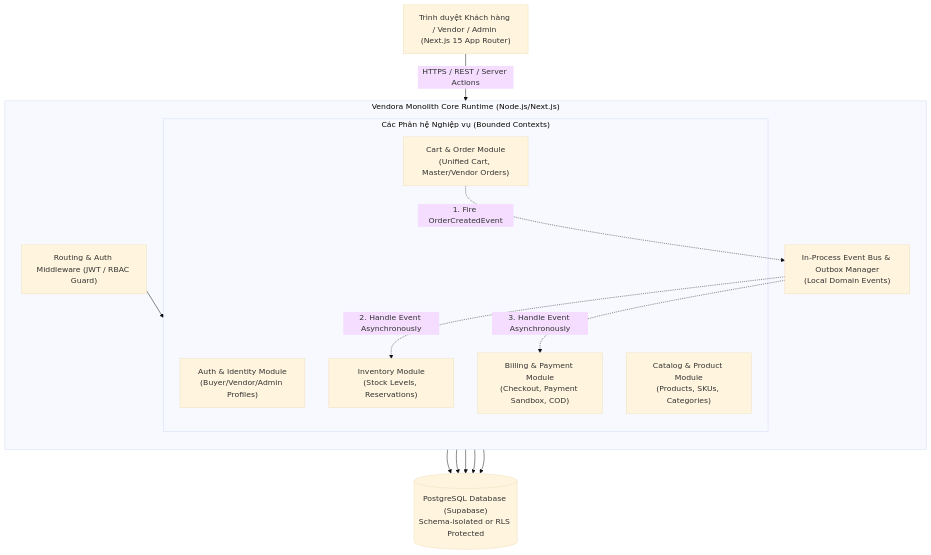
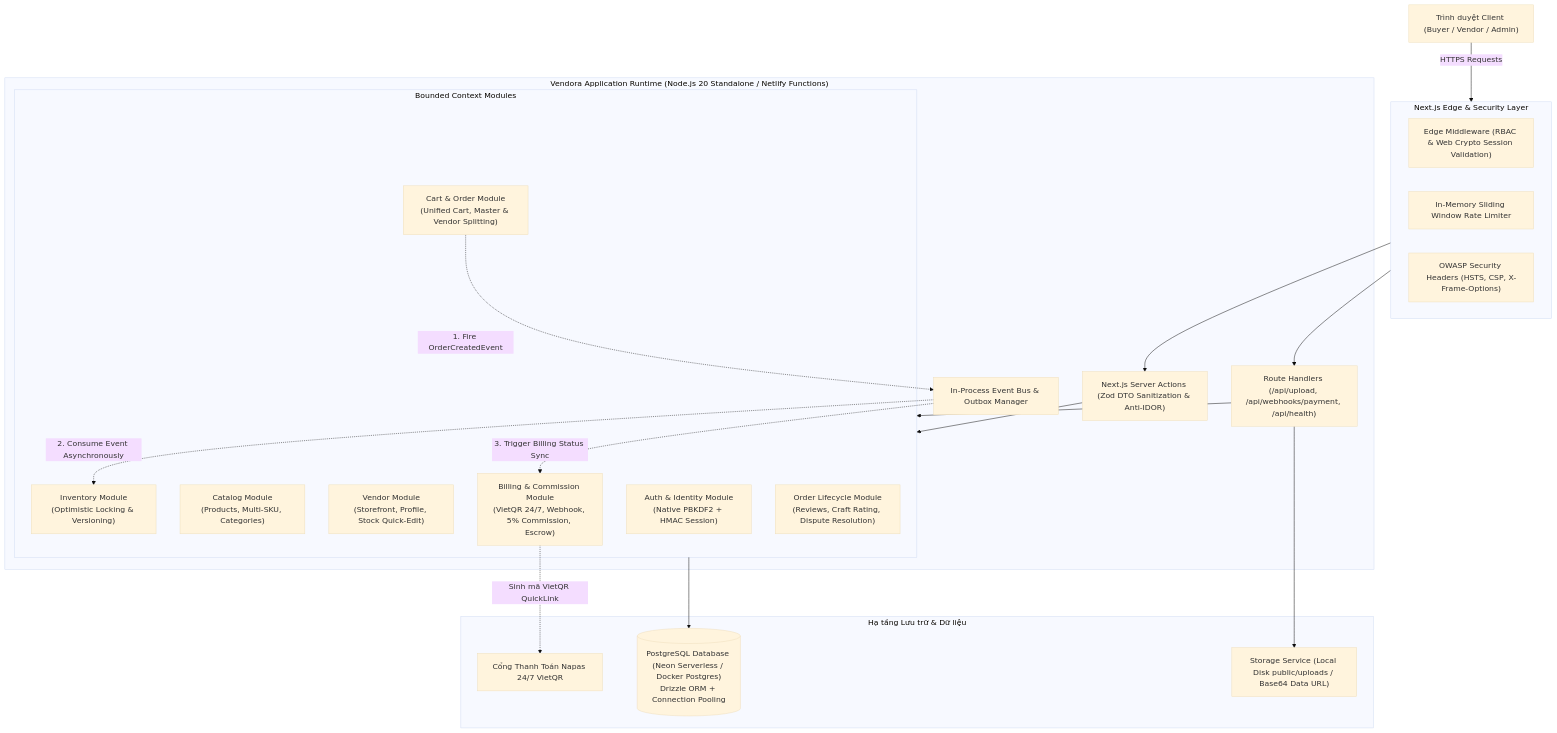
Before and after one commit to lethanhkha/vendora: the second of 4 diagrams in docs/PRD.md, drawn with Mermaid (base theme). The commit also changed other lines of this file, not shown here.

Commit message:
docs(prd): update PRD to version 2.0 reflecting decoupled production architecture

````diff
--- a/docs/PRD.md
+++ b/docs/PRD.md
@@ -87,34 +93,48 @@
 ```mermaid
 graph TD
-    Client["Trình duyệt Khách hàng / Vendor / Admin (Next.js 15 App Router)"]
+    Client["Trình duyệt Client (Buyer / Vendor / Admin)"]
     
-    subgraph ModularMonolithCore ["Vendora Monolith Core Runtime (Node.js/Next.js)"]
-        direction TB
-        APIGateway["Routing & Auth Middleware (JWT / RBAC Guard)"]
+    subgraph EdgeLayer ["Next.js Edge & Security Layer"]
+        Middleware["Edge Middleware (RBAC & Web Crypto Session Validation)"]
+        RateLimiter["In-Memory Sliding Window Rate Limiter"]
+        SecurityHeaders["OWASP Security Headers (HSTS, CSP, X-Frame-Options)"]
+    end
+    
+    subgraph MonolithCore ["Vendora Application Runtime (Node.js 20 Standalone / Netlify Functions)"]
+        ServerActions["Next.js Server Actions (Zod DTO Sanitization & Anti-IDOR)"]
+        RouteHandlers["Route Handlers (/api/upload, /api/webhooks/payment, /api/health)"]
         
-        subgraph Modules ["Các Phân hệ Nghiệp vụ (Bounded Contexts)"]
-            AuthModule["Auth & Identity Module<br/>(Buyer/Vendor/Admin Profiles)"]
-            CatalogModule["Catalog & Product Module<br/>(Products, SKUs, Categories)"]
-            OrderModule["Cart & Order Module<br/>(Unified Cart, Master/Vendor Orders)"]
-            InventoryModule["Inventory Module<br/>(Stock Levels, Reservations)"]
-            BillingModule["Billing & Payment Module<br/>(Checkout, Payment Sandbox, COD)"]
+        subgraph Domains ["Bounded Context Modules"]
+            AuthMod["Auth & Identity Module<br/>(Native PBKDF2 + HMAC Session)"]
+            CatalogMod["Catalog Module<br/>(Products, Multi-SKU, Categories)"]
+            VendorMod["Vendor Module<br/>(Storefront, Profile, Stock Quick-Edit)"]
+            OrderMod["Cart & Order Module<br/>(Unified Cart, Master & Vendor Splitting)"]
+            InvMod["Inventory Module<br/>(Optimistic Locking & Versioning)"]
+            BillMod["Billing & Commission Module<br/>(VietQR 24/7, Webhook, 5% Commission, Escrow)"]
+            LifecycleMod["Order Lifecycle Module<br/>(Reviews, Craft Rating, Dispute Resolution)"]
         end
         
-        EventBus["In-Process Event Bus & Outbox Manager<br/>(Local Domain Events)"]
+        EventBus["In-Process Event Bus & Outbox Manager"]
     end
     
-    Database[("PostgreSQL Database (Supabase)<br/>Schema-isolated or RLS Protected")]
+    subgraph Infrastructure ["Hạ tầng Lưu trữ & Dữ liệu"]
+        Database[("PostgreSQL Database (Neon Serverless / Docker Postgres)<br/>Drizzle ORM + Connection Pooling")]
+        Storage["Storage Service (Local Disk public/uploads / Base64 Data URL)"]
+        NapasGateway["Cổng Thanh Toán Napas 24/7 VietQR"]
+    end
 
-    Client -->|HTTPS / REST / Server Actions| APIGateway
-    APIGateway --> Modules
+    Client -->|HTTPS Requests| EdgeLayer
+    EdgeLayer --> ServerActions
+    EdgeLayer --> RouteHandlers
     
-    OrderModule -.->|1. Fire OrderCreatedEvent| EventBus
-    EventBus -.->|2. Handle Event Asynchronously| InventoryModule
-    EventBus -.->|3. Handle Event Asynchronously| BillingModule
+    ServerActions --> Domains
+    RouteHandlers --> Domains
     
-    AuthModule --> Database
-    CatalogModule --> Database
-    OrderModule --> Database
-    InventoryModule --> Database
-    BillingModule --> Database
+    OrderMod -.->|1. Fire OrderCreatedEvent| EventBus
+    EventBus -.->|2. Consume Event Asynchronously| InvMod
+    EventBus -.->|3. Trigger Billing Status Sync| BillMod
+    
+    Domains --> Database
+    RouteHandlers --> Storage
+    BillMod -.->|Sinh mã VietQR QuickLink| NapasGateway
 ```
````
